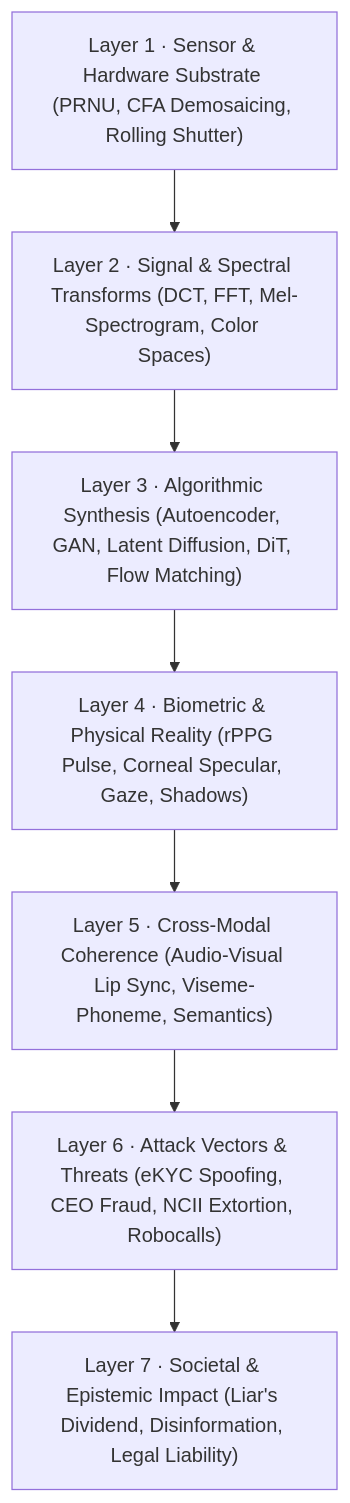
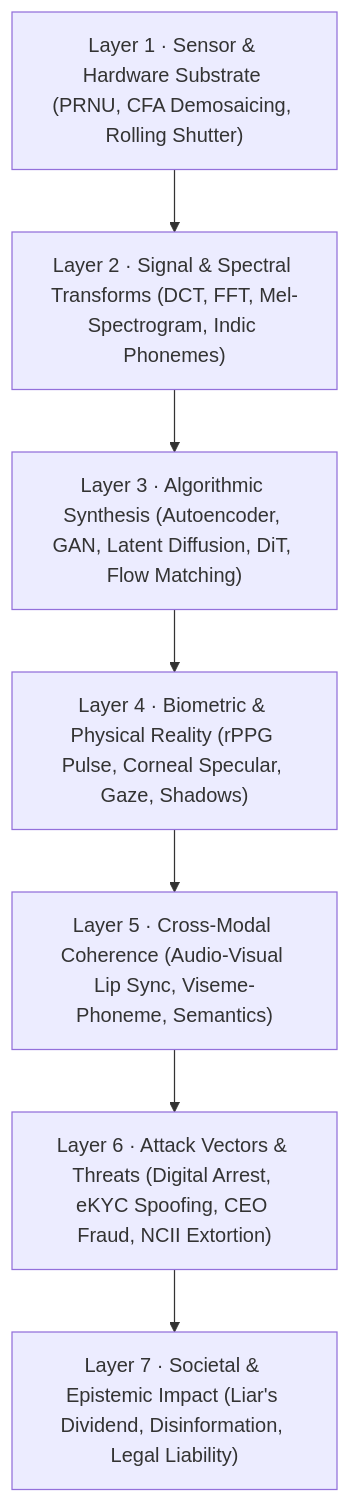
Before and after one commit to Omnifex-Agency/deepfake: the first of 3 diagrams in README.md, drawn with Mermaid. The commit also changed other lines of this file and 9 other files, not shown here.

````diff
--- a/README.md
+++ b/README.md
@@ -55,12 +56,12 @@
 ```mermaid
 graph TD
     L7["Layer 7 · Societal & Epistemic Impact (Liar's Dividend, Disinformation, Legal Liability)"]
-    L6["Layer 6 · Attack Vectors & Threats (eKYC Spoofing, CEO Fraud, NCII Extortion, Robocalls)"]
+    L6["Layer 6 · Attack Vectors & Threats (Digital Arrest, eKYC Spoofing, CEO Fraud, NCII Extortion)"]
     L5["Layer 5 · Cross-Modal Coherence (Audio-Visual Lip Sync, Viseme-Phoneme, Semantics)"]
     L4["Layer 4 · Biometric & Physical Reality (rPPG Pulse, Corneal Specular, Gaze, Shadows)"]
     L3["Layer 3 · Algorithmic Synthesis (Autoencoder, GAN, Latent Diffusion, DiT, Flow Matching)"]
-    L2["Layer 2 · Signal & Spectral Transforms (DCT, FFT, Mel-Spectrogram, Color Spaces)"]
+    L2["Layer 2 · Signal & Spectral Transforms (DCT, FFT, Mel-Spectrogram, Indic Phonemes)"]
     L1["Layer 1 · Sensor & Hardware Substrate (PRNU, CFA Demosaicing, Rolling Shutter)"]
 
     L1 --> L2 --> L3 --> L4 --> L5 --> L6 --> L7
 ```
````
